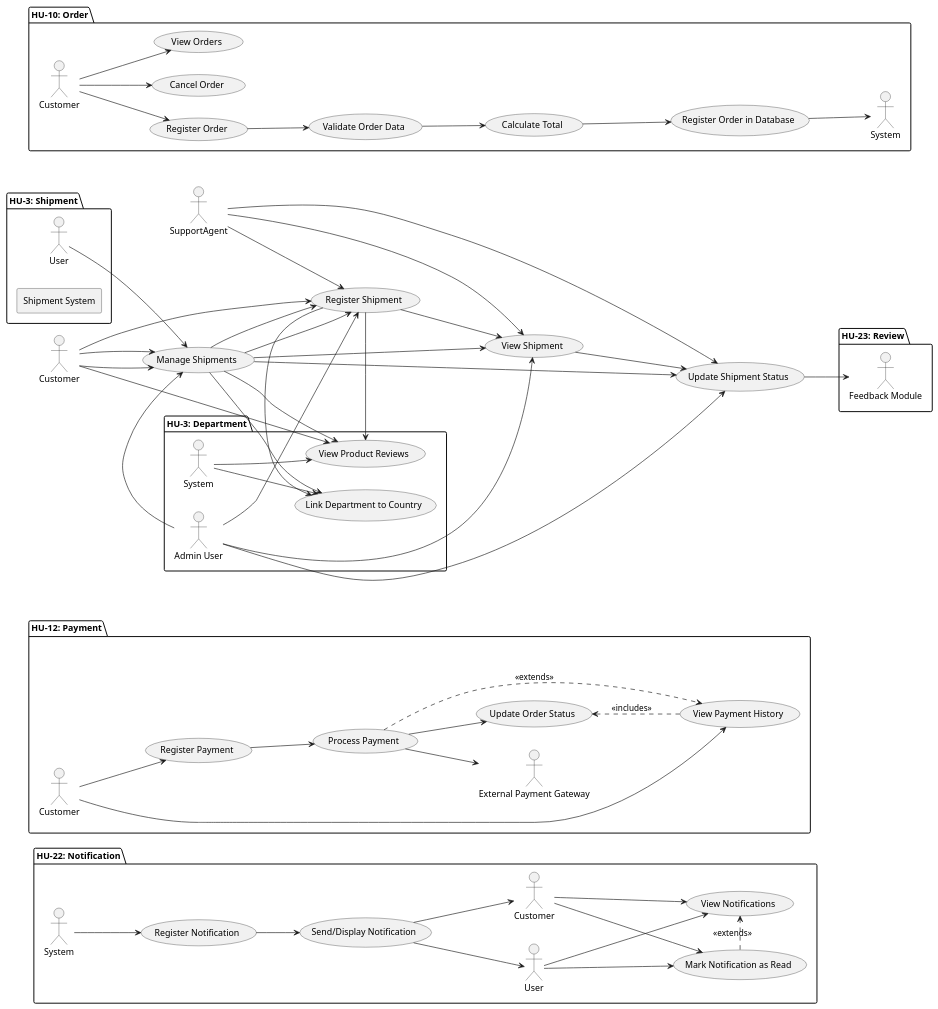
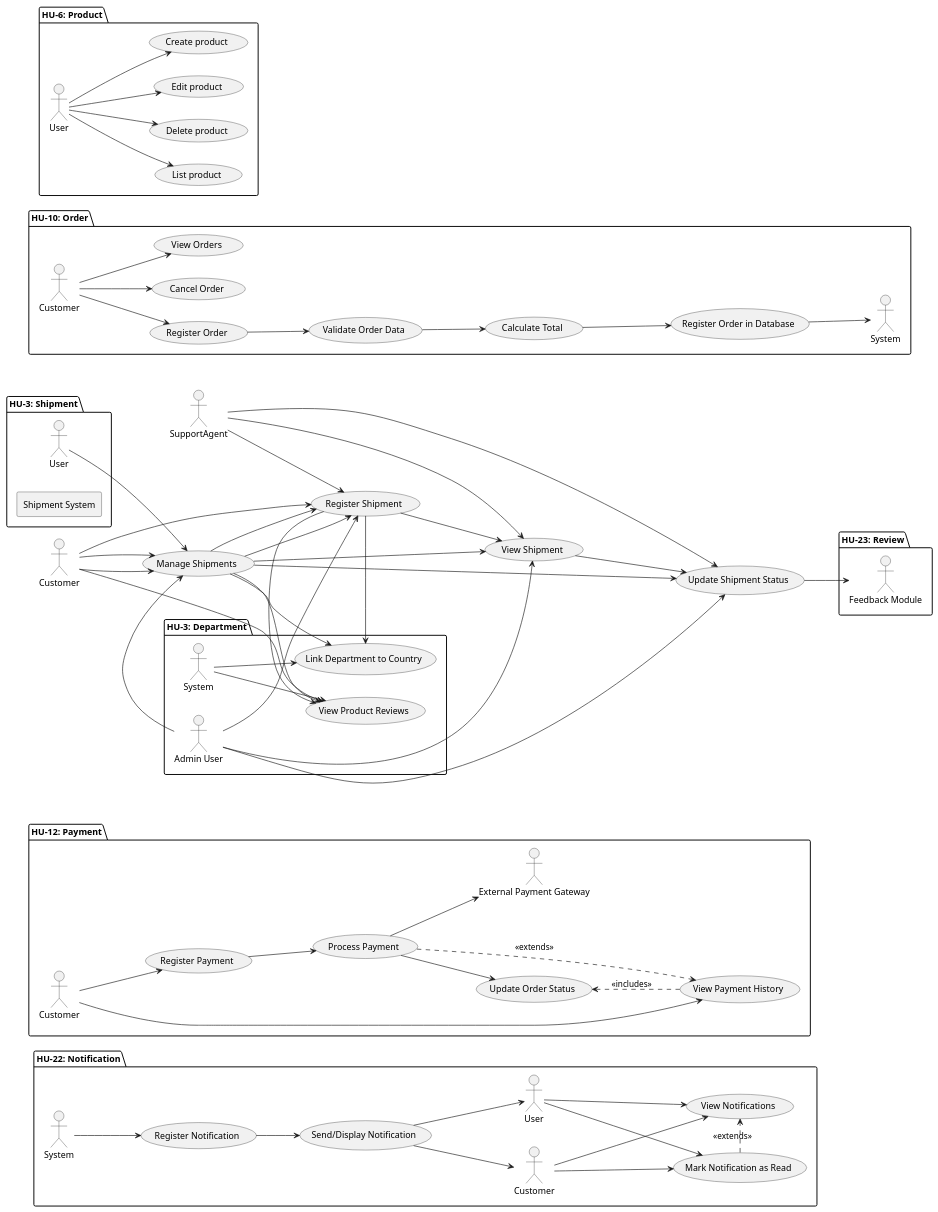
Before and after one commit to code-sena/laboratory-2899747: the diagram in document/architecture/usecase.wsd, drawn with PlantUML.

Commit message:
doc:add use cases for product

```diff
--- a/document/architecture/usecase.wsd
+++ b/document/architecture/usecase.wsd
@@ -1,161 +1,181 @@
 @startuml
 actor Customer
 actor SupportAgent
 
 usecase "Register Support Ticket" as UC1
 usecase "View Support Ticket" as UC2
 usecase "Update Support Ticket" as UC3
 usecase "Close Support Ticket" as UC4
 
 Customer --> UC1
 Customer --> UC2
 SupportAgent --> UC2
 SupportAgent --> UC3
 SupportAgent --> UC4
 left to right direction
 
 package "HU-3: Department" {
 
   'Actors
   actor "Admin User" as Admin
   actor "System" as System
 
   'Use Cases
   usecase "Register Department" as UC1
   usecase "Update Department" as UC2
   usecase "Deactivate Department" as UC3
   usecase "View Departments" as UC4
   usecase "Validate Uniqueness & Format" as UC5
   usecase "Link Department to Country" as UC6
 
   'Relationships
   Admin --> UC1
   Admin --> UC2
   Admin --> UC3
   Admin --> UC4
 
   UC1 --> UC5
   UC1 --> UC6
 
   UC2 --> UC5
   UC2 --> UC6
 
   System --> UC5
   System --> UC6
 }
 
 package "HU-22: Notification" {
 
   'Actors'
   actor "System" as SystemN
   actor "User" as UserN
   actor "Customer" as CustomerN
 
   'Use Cases'
   usecase "Register Notification" as UCN1
   usecase "Send/Display Notification" as UCN2
   usecase "Mark Notification as Read" as UCN3
   usecase "View Notifications" as UCN4
 
   'Relationships'
   SystemN --> UCN1
   UCN1 --> UCN2
   UCN2 --> UserN
   UCN2 --> CustomerN
 
   UserN --> UCN3
   CustomerN --> UCN3
 
   UserN --> UCN4
   CustomerN --> UCN4
 
   UCN3 .> UCN4 : <<extends>>
 }
 
 package "HU-12: Payment" {
 
   'Actors'
   actor "Customer" as CustomerP
   actor "External Payment Gateway" as PaymentGatewayP
 
   'Use Cases'
   usecase "Register Payment" as UCP1
   usecase "Process Payment" as UCP2
   usecase "Update Order Status" as UCP3
   usecase "View Payment History" as UCP4
 
   'Relationships'
   CustomerP --> UCP1
   CustomerP --> UCP4
 
   UCP1 --> UCP2
   UCP2 --> PaymentGatewayP
   UCP2 .> UCP4 : <<extends>>
   UCP3 <.. UCP4 : <<includes>>
 
   UCP2 --> UCP3
 }
 
 package "HU-23: Review" {
 
   'Actors'
   actor "Customer" as Customer
   actor "Feedback Module" as FeedbackModule
 
   'Use Cases'
   usecase "Create Review" as UC1
   usecase "Validate Review Fields" as UC2
   usecase "Register Review in Database" as UC3
   usecase "Integrate with Feedback" as UC4
   usecase "View Product Reviews" as UC5
 
   'Relationships'
   Customer --> UC1
   UC1 --> UC2
   UC2 --> UC3
   UC3 --> UC4
   UC4 --> FeedbackModule
   Customer --> UC5
 }
 
 package "HU-3: Shipment" {
   actor User as user
 
   rectangle "Shipment System" {
     usecase "Manage Shipments" as UC1
     usecase "Register Shipment" as UC2
     usecase "View Shipment" as UC3
     usecase "Update Shipment Status" as UC4
   }
 
   user --> UC1
   UC1 --> UC2
   UC1 --> UC3
   UC1 --> UC4
 }
 
    package "HU-10: Order" {
 
     'Actors'
     actor "Customer" as CustomerO
     actor "System" as SystemO
 
     'Use Cases'
     usecase "Register Order" as UCO1
     usecase "Validate Order Data" as UCO2
     usecase "Calculate Total" as UCO3
     usecase "Register Order in Database" as UCO4
     usecase "Cancel Order" as UCO5
     usecase "View Orders" as UCO6
 
     'Relationships'
     CustomerO --> UCO1
     CustomerO --> UCO5
     CustomerO --> UCO6
 
     UCO1 --> UCO2
     UCO2 --> UCO3
     UCO3 --> UCO4
     UCO4 --> SystemO
   }
+
+package "HU-6: Product" {
+
+    'Actors'
+    actor "User" as AdminUser
+
+    'Use Cases'
+    usecase "List product" as UCPr1
+    usecase "Edit product" as UCPr2
+    usecase "Delete product" as UCPr3
+    usecase "Create product" as UCPr4
+
+    'Relationships'
+    AdminUser --> UCPr1
+    AdminUser --> UCPr2
+    AdminUser --> UCPr3
+    AdminUser --> UCPr4
+}
+
+
 @enduml
```
